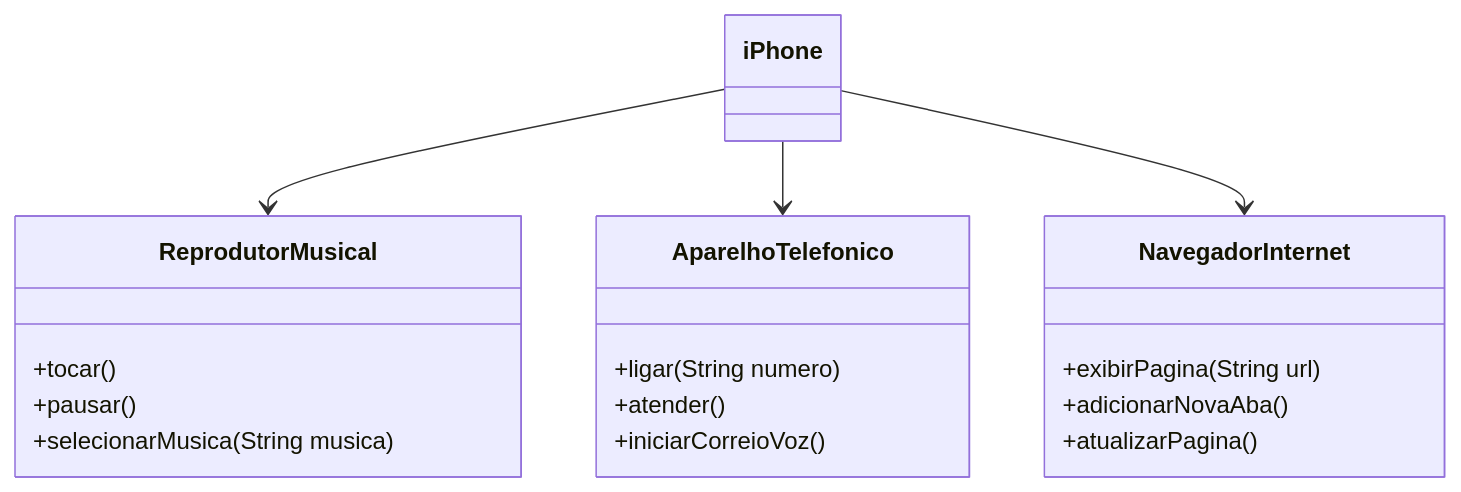
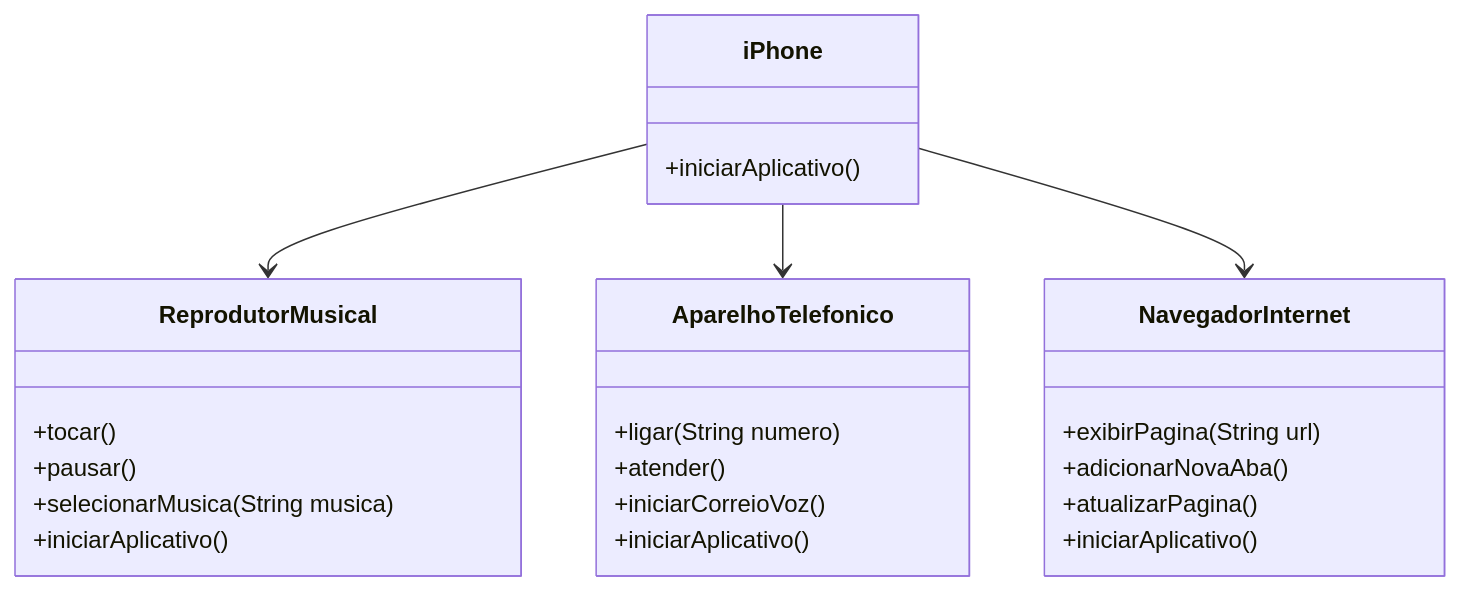
One commit to jgbarros/dio-banco changed the diagram in README.md. Above: the diagram before and after it, drawn with Mermaid.

Commit message:
Correção

````diff
--- a/README.md
+++ b/README.md
@@ -6,27 +6,31 @@
 ```mermaid
 classDiagram
     class ReprodutorMusical {
         +tocar()
         +pausar()
         +selecionarMusica(String musica)
+		+iniciarAplicativo()
     }
 
     class AparelhoTelefonico {
         +ligar(String numero)
         +atender()
         +iniciarCorreioVoz()
+		+iniciarAplicativo()
     }
 
     class NavegadorInternet {
         +exibirPagina(String url)
         +adicionarNovaAba()
         +atualizarPagina()
+		+iniciarAplicativo()
     }
 
     class iPhone {
+		+iniciarAplicativo()
     }
 
     iPhone --> ReprodutorMusical
     iPhone --> AparelhoTelefonico
     iPhone --> NavegadorInternet
 ```
````
